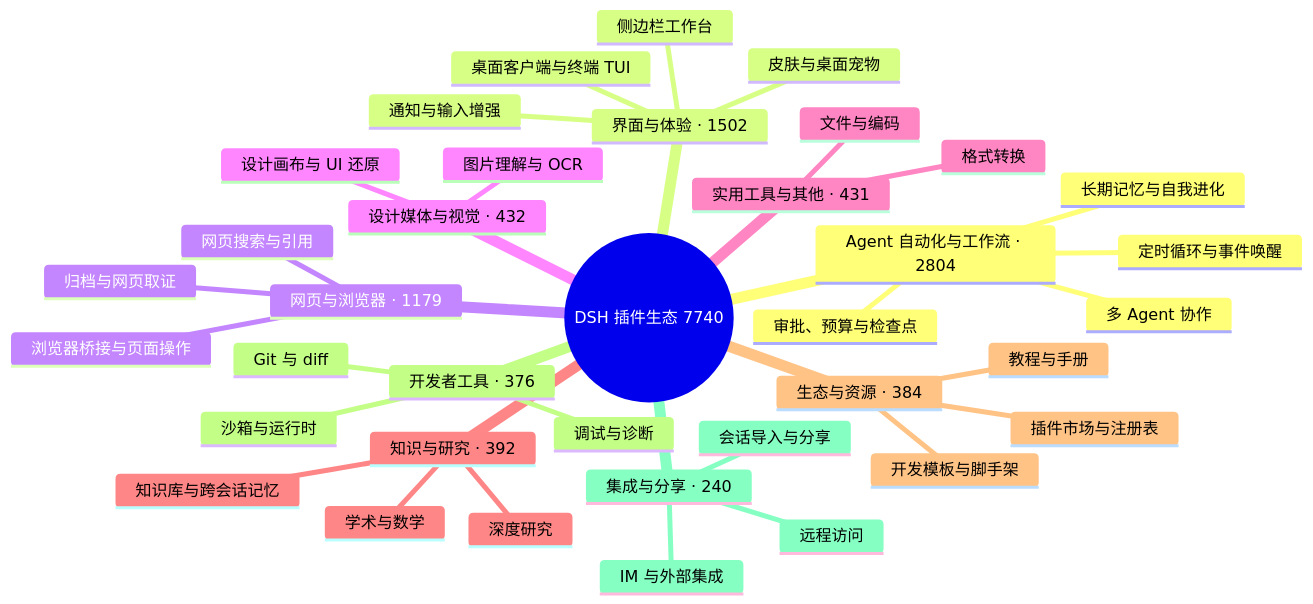
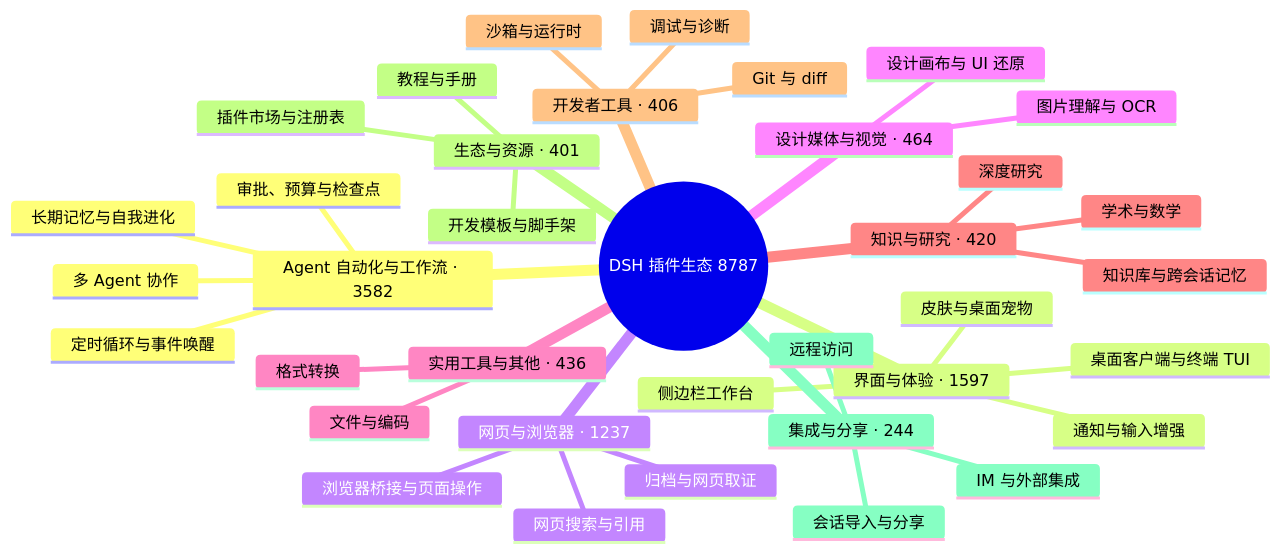
The diagram in README.md (bruc3van/awesome-dsh-plugin), drawn with Mermaid before and after one commit. The commit also changed other lines of this file and 9 other files, not shown here.

````diff
--- a/README.md
+++ b/README.md
@@ -33,40 +33,40 @@
 ```mermaid
 mindmap
-  root((DSH 插件生态 7740))
-    Agent 自动化与工作流 · 2804
+  root((DSH 插件生态 8787))
+    Agent 自动化与工作流 · 3582
       定时循环与事件唤醒
       多 Agent 协作
       长期记忆与自我进化
       审批、预算与检查点
-    界面与体验 · 1502
+    界面与体验 · 1597
       桌面客户端与终端 TUI
       侧边栏工作台
       皮肤与桌面宠物
       通知与输入增强
-    网页与浏览器 · 1179
+    网页与浏览器 · 1237
       浏览器桥接与页面操作
       网页搜索与引用
       归档与网页取证
-    设计媒体与视觉 · 432
+    设计媒体与视觉 · 464
       图片理解与 OCR
       设计画布与 UI 还原
-    实用工具与其他 · 431
+    实用工具与其他 · 436
       文件与编码
       格式转换
-    知识与研究 · 392
+    知识与研究 · 420
       知识库与跨会话记忆
       深度研究
       学术与数学
-    生态与资源 · 384
+    开发者工具 · 406
+      Git 与 diff
+      沙箱与运行时
+      调试与诊断
+    生态与资源 · 401
       插件市场与注册表
       开发模板与脚手架
       教程与手册
-    开发者工具 · 376
-      Git 与 diff
-      沙箱与运行时
-      调试与诊断
-    集成与分享 · 240
+    集成与分享 · 244
       会话导入与分享
       远程访问
       IM 与外部集成
 ```
````
